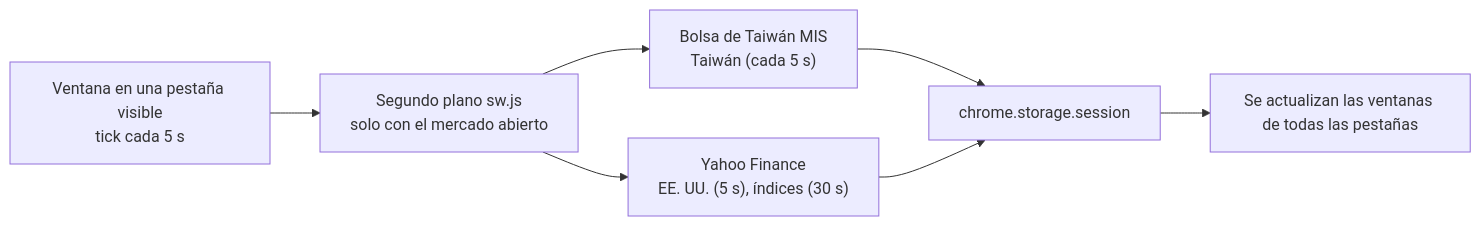
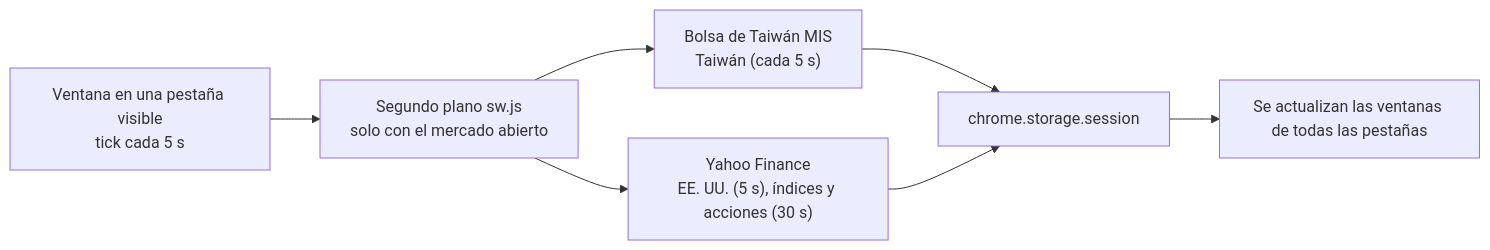
Before and after one commit to Ashur5457/PeekaStock: the diagram in README.es.md, drawn with Mermaid. The commit also changed other lines of this file and 18 other files, not shown here.

````diff
--- a/README.es.md
+++ b/README.es.md
@@ -62,9 +65,9 @@
 ```mermaid
 flowchart LR
   BOX["Ventana en una pestaña visible<br/>tick cada 5 s"] --> SW["Segundo plano sw.js<br/>solo con el mercado abierto"]
   SW --> MIS["Bolsa de Taiwán MIS<br/>Taiwán (cada 5 s)"]
-  SW --> YF["Yahoo Finance<br/>EE. UU. (5 s), índices (30 s)"]
+  SW --> YF["Yahoo Finance<br/>EE. UU. (5 s), índices y acciones (30 s)"]
   MIS --> ST["chrome.storage.session"]
   YF --> ST
   ST --> ALL["Se actualizan las ventanas de todas las pestañas"]
 ```
````
